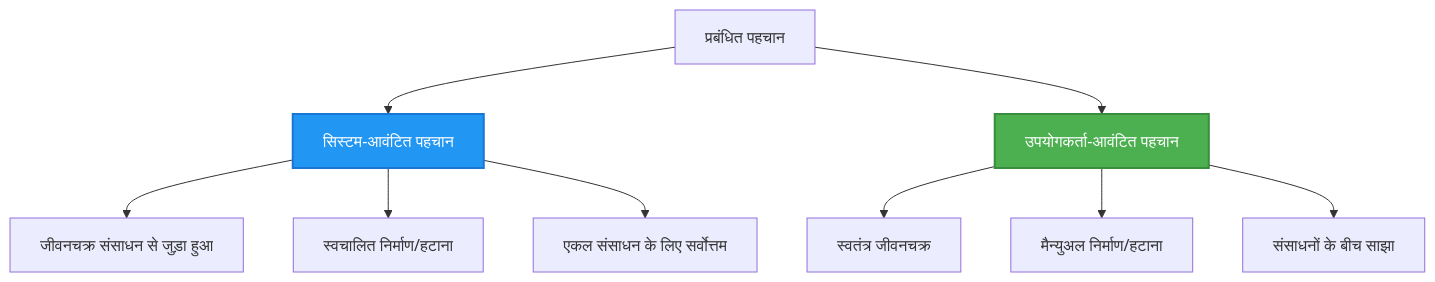
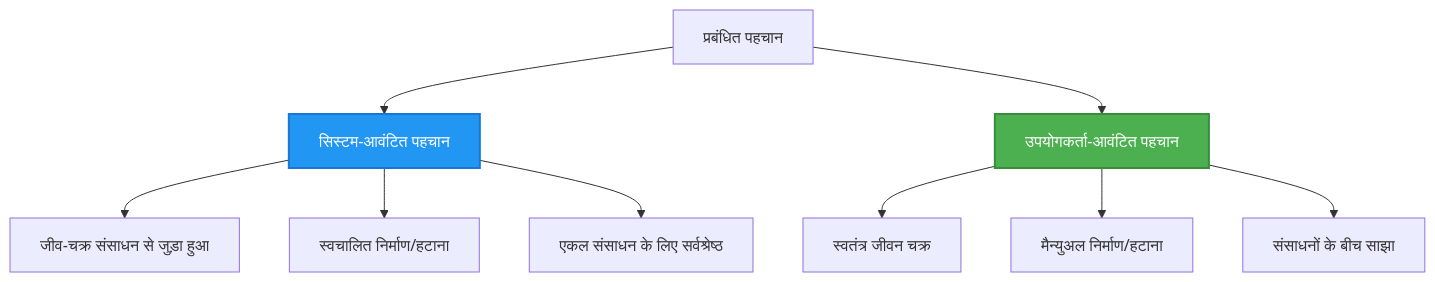
One commit to microsoft/AZD-for-beginners changed the second of 2 diagrams in translations/hi/docs/chapter-03-configuration/authsecurity.md. Above: the diagram before and after it, drawn with Mermaid. The commit also changed other lines of this file and 104 other files, not shown here.

````diff
--- a/translations/hi/docs/chapter-03-configuration/authsecurity.md
+++ b/translations/hi/docs/chapter-03-configuration/authsecurity.md
@@ -97,20 +98,20 @@
 ```mermaid
 graph TB
     MI[प्रबंधित पहचान]
     SystemAssigned[सिस्टम-आवंटित पहचान]
     UserAssigned[उपयोगकर्ता-आवंटित पहचान]
     
     MI --> SystemAssigned
     MI --> UserAssigned
     
-    SystemAssigned --> SA1[जीवनचक्र संसाधन से जुड़ा हुआ]
+    SystemAssigned --> SA1[जीव-चक्र संसाधन से जुड़ा हुआ]
     SystemAssigned --> SA2[स्वचालित निर्माण/हटाना]
-    SystemAssigned --> SA3[एकल संसाधन के लिए सर्वोत्तम]
+    SystemAssigned --> SA3[एकल संसाधन के लिए सर्वश्रेष्ठ]
     
-    UserAssigned --> UA1[स्वतंत्र जीवनचक्र]
+    UserAssigned --> UA1[स्वतंत्र जीवन चक्र]
     UserAssigned --> UA2[मैन्युअल निर्माण/हटाना]
     UserAssigned --> UA3[संसाधनों के बीच साझा]
     
     style SystemAssigned fill:#2196F3,stroke:#1976D2,stroke-width:2px,color:#fff
     style UserAssigned fill:#4CAF50,stroke:#388E3C,stroke-width:2px,color:#fff
 ```
````
